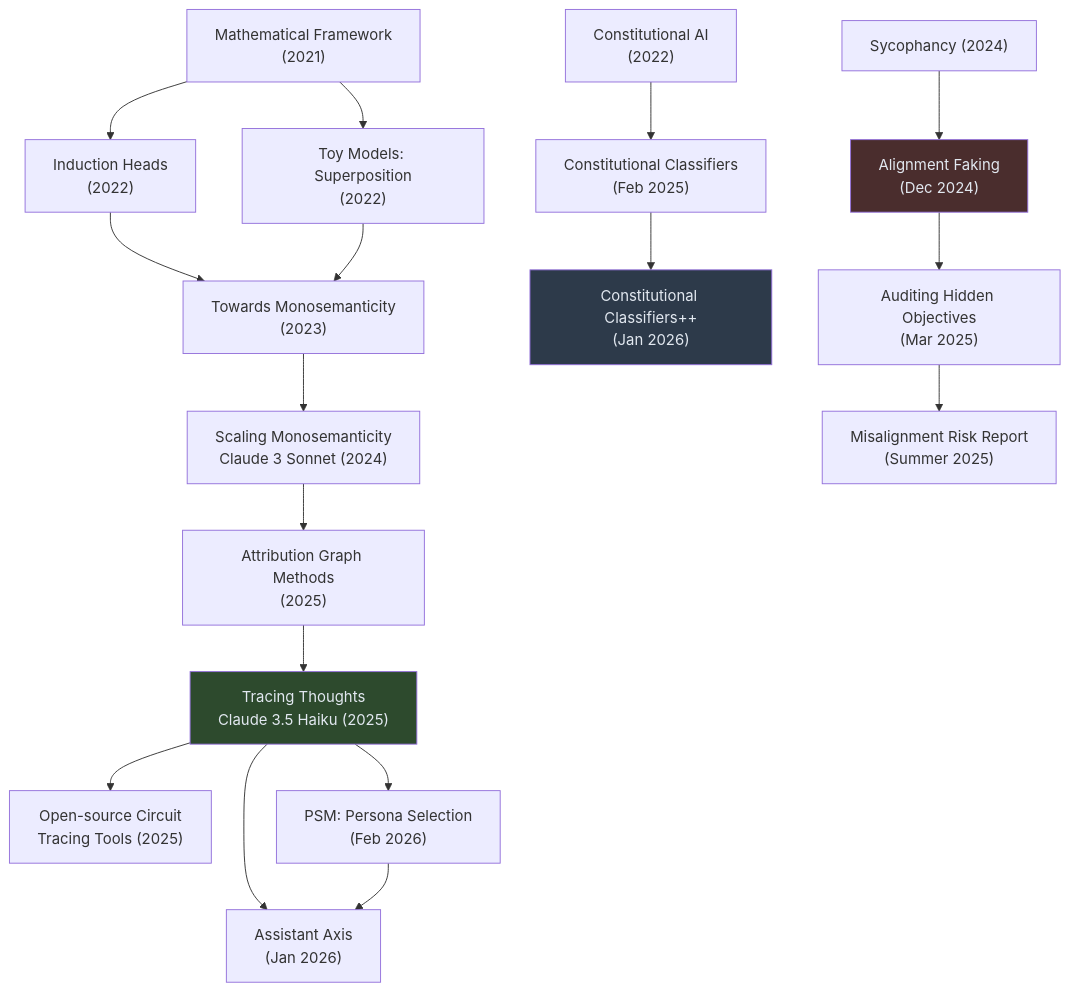
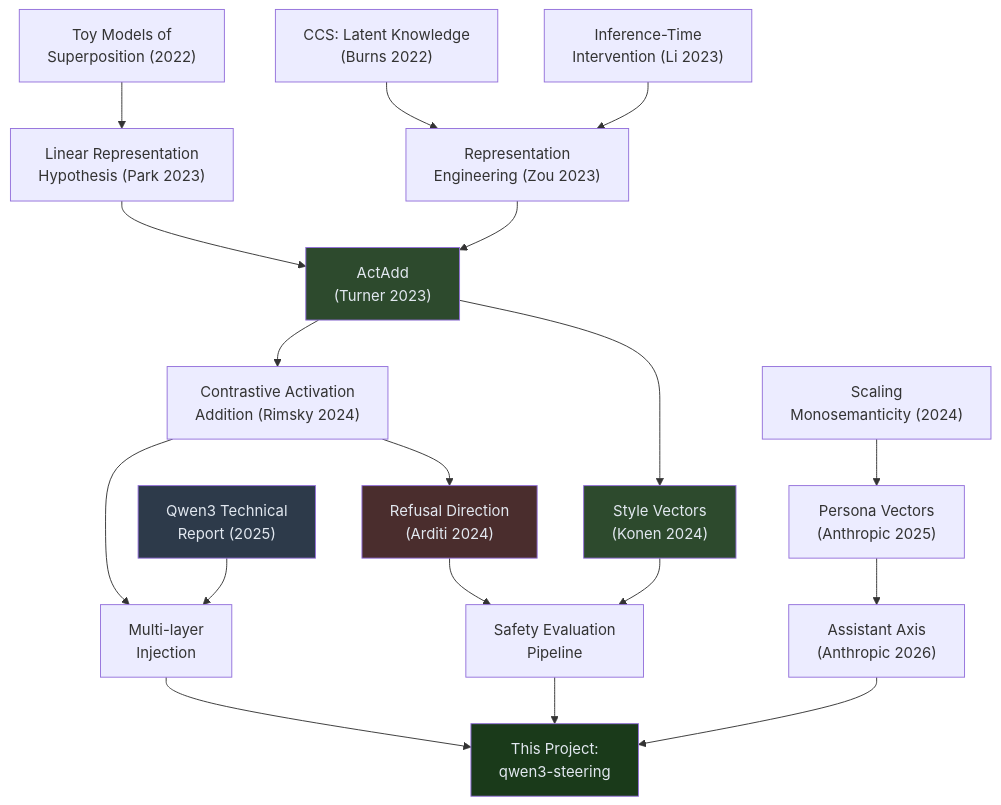
The diagram in reading-list.org (aygp-dr/qwen3-steering), drawn with Mermaid before and after one commit. The commit also changed other lines of this file, not shown here.

First line of the commit message:
Restructure reading list from Anthropic-chronological to topical/functional

```diff
--- a/reading-list.org
+++ b/reading-list.org
@@ -107,26 +220,37 @@
-#+begin_src mermaid :file anthropic-reading-priority.png :exports results
+#+begin_src mermaid :file reading-priority.png :exports results
 graph TD
-    A["Mathematical Framework\n(2021)"] --> B["Induction Heads\n(2022)"]
-    A --> C["Toy Models: Superposition\n(2022)"]
-    B --> D["Towards Monosemanticity\n(2023)"]
-    C --> D
-    D --> E["Scaling Monosemanticity\nClaude 3 Sonnet (2024)"]
-    E --> F["Attribution Graph Methods\n(2025)"]
-    F --> G["Tracing Thoughts\nClaude 3.5 Haiku (2025)"]
-    G --> H["Open-source Circuit\nTracing Tools (2025)"]
-    G --> I["Assistant Axis\n(Jan 2026)"]
+    %% Foundations
+    LRH["Linear Representation<br>Hypothesis (Park 2023)"] --> ActAdd
+    Superposition["Toy Models of<br>Superposition (2022)"] --> LRH
+    CCS["CCS: Latent Knowledge<br>(Burns 2022)"] --> RepE
 
-    J["Constitutional AI\n(2022)"] --> K["Constitutional Classifiers\n(Feb 2025)"]
-    K --> L["Constitutional Classifiers++\n(Jan 2026)"]
+    %% Core Methods
+    ActAdd["ActAdd<br>(Turner 2023)"] --> Rimsky["Contrastive Activation<br>Addition (Rimsky 2024)"]
+    ActAdd --> StyleVec["Style Vectors<br>(Konen 2024)"]
+    RepE["Representation<br>Engineering (Zou 2023)"] --> ActAdd
+    ITI["Inference-Time<br>Intervention (Li 2023)"] --> RepE
+    Rimsky --> MultiLayer["Multi-layer<br>Injection"]
 
-    M["Sycophancy (2024)"] --> N["Alignment Faking\n(Dec 2024)"]
-    N --> O["Auditing Hidden Objectives\n(Mar 2025)"]
-    O --> P["Misalignment Risk Report\n(Summer 2025)"]
+    %% Anthropic Steering
+    ScalingMono["Scaling<br>Monosemanticity (2024)"] --> PersonaVec["Persona Vectors<br>(Anthropic 2025)"]
+    PersonaVec --> AssistAxis["Assistant Axis<br>(Anthropic 2026)"]
 
-    Q["PSM: Persona Selection\n(Feb 2026)"] --> I
-    G --> Q
+    %% Safety
+    Rimsky --> Refusal["Refusal Direction<br>(Arditi 2024)"]
+    Refusal --> SafetyEval["Safety Evaluation<br>Pipeline"]
+    StyleVec --> SafetyEval
 
-    style G fill:#2d4a2d,color:#e2e8f0
-    style N fill:#4a2d2d,color:#e2e8f0
-    style L fill:#2d3a4a,color:#e2e8f0
+    %% Target Model
+    Qwen3["Qwen3 Technical<br>Report (2025)"] --> MultiLayer
+
+    %% Implementation
+    MultiLayer --> Impl["This Project:<br>qwen3-steering"]
+    SafetyEval --> Impl
+    AssistAxis --> Impl
+
+    style ActAdd fill:#2d4a2d,color:#e2e8f0
+    style StyleVec fill:#2d4a2d,color:#e2e8f0
+    style Impl fill:#1a3a1a,color:#e2e8f0
+    style Refusal fill:#4a2d2d,color:#e2e8f0
+    style Qwen3 fill:#2d3a4a,color:#e2e8f0
 #+end_src
```
